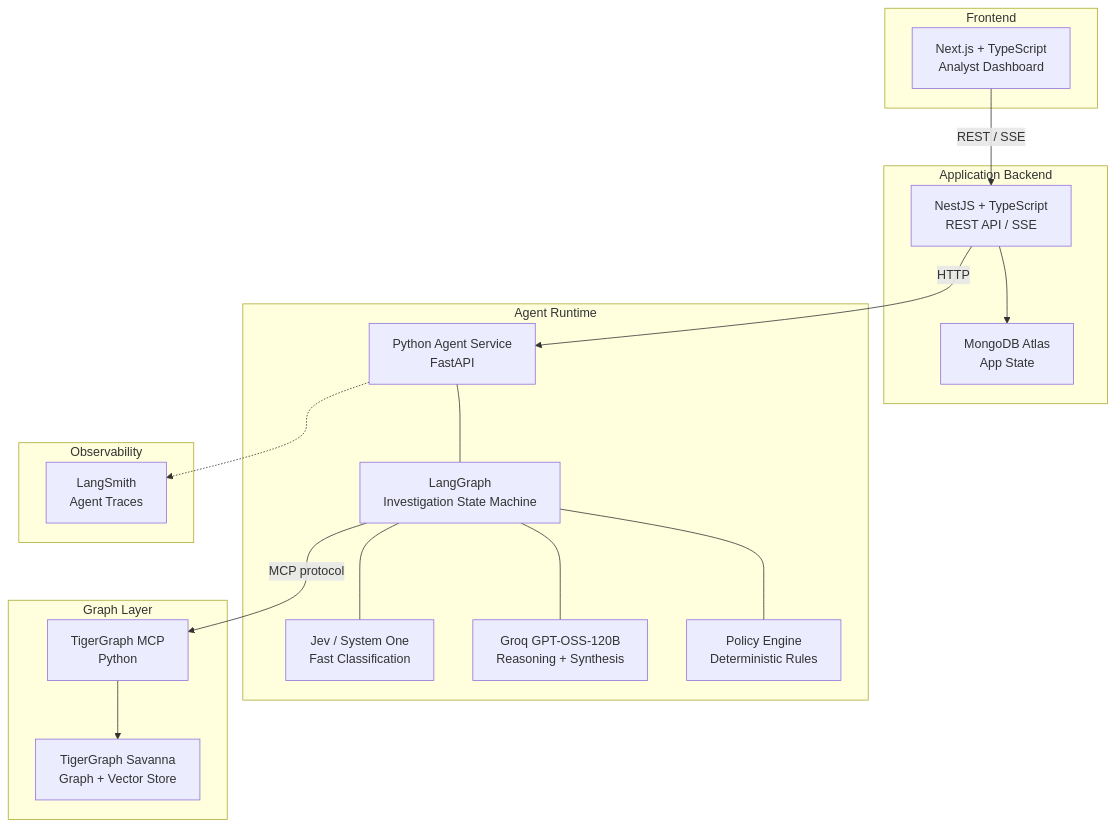
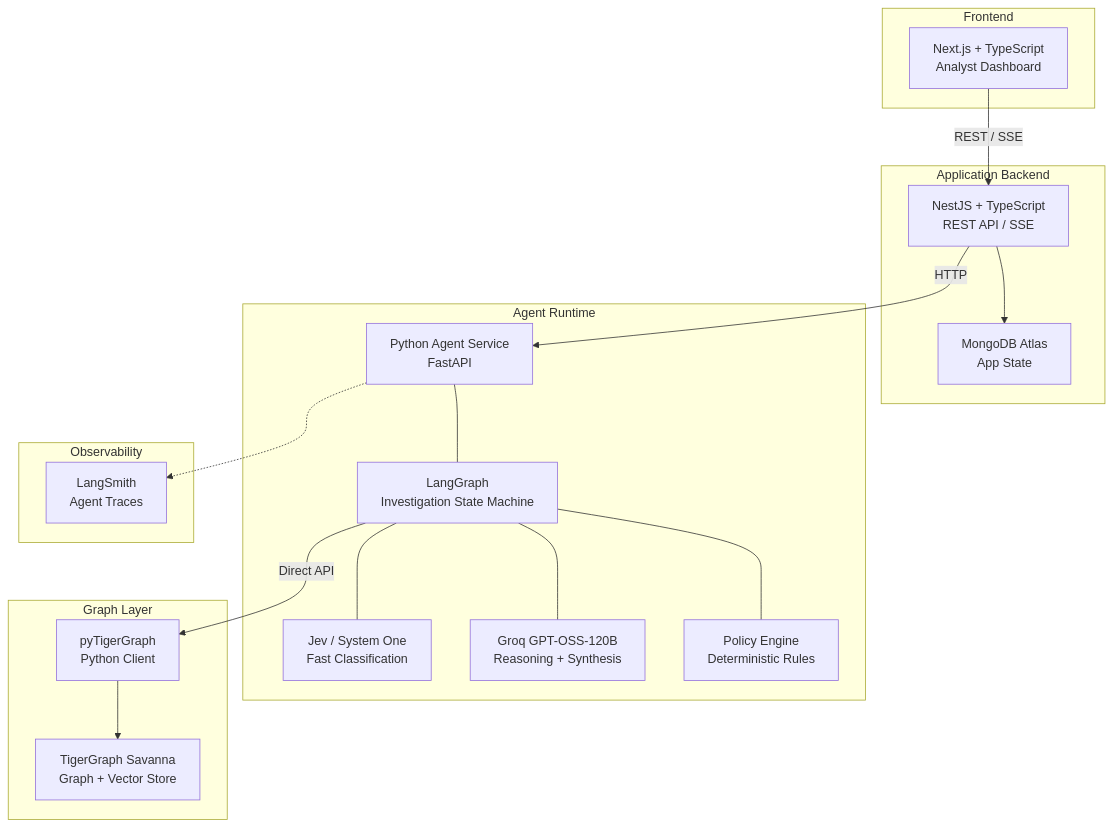
The diagram in docs/Architecture.md (yogimait/FraudLens-TigerGraph), drawn with Mermaid before and after one commit. The commit also changed other lines of this file and 25 other files, not shown here.

Commit message:
feat: complete UI overhaul, React Flow graphs, documentation sync and backend stabilization

````diff
--- a/docs/Architecture.md
+++ b/docs/Architecture.md
@@ -20,39 +20,39 @@
 ```mermaid
 graph TD
     subgraph "Frontend"
         UI["Next.js + TypeScript<br/>Analyst Dashboard"]
     end
 
     subgraph "Application Backend"
         NEST["NestJS + TypeScript<br/>REST API / SSE"]
         MONGO["MongoDB Atlas<br/>App State"]
     end
 
     subgraph "Agent Runtime"
         AGENT["Python Agent Service<br/>FastAPI"]
         LG["LangGraph<br/>Investigation State Machine"]
         JEV["Jev / System One<br/>Fast Classification"]
         LLM["Groq GPT-OSS-120B<br/>Reasoning + Synthesis"]
         POLICY["Policy Engine<br/>Deterministic Rules"]
     end
 
     subgraph "Graph Layer"
-        MCP["TigerGraph MCP<br/>Python"]
+        PYTG["pyTigerGraph<br/>Python Client"]
         TG["TigerGraph Savanna<br/>Graph + Vector Store"]
     end
 
     subgraph "Observability"
         LS["LangSmith<br/>Agent Traces"]
     end
 
     UI -->|REST / SSE| NEST
     NEST -->|HTTP| AGENT
     NEST --> MONGO
     AGENT --- LG
     LG --- JEV
     LG --- LLM
     LG --- POLICY
-    LG -->|MCP protocol| MCP
-    MCP --> TG
+    LG -->|Direct API| PYTG
+    PYTG --> TG
     AGENT -.-> LS
 ```
````
